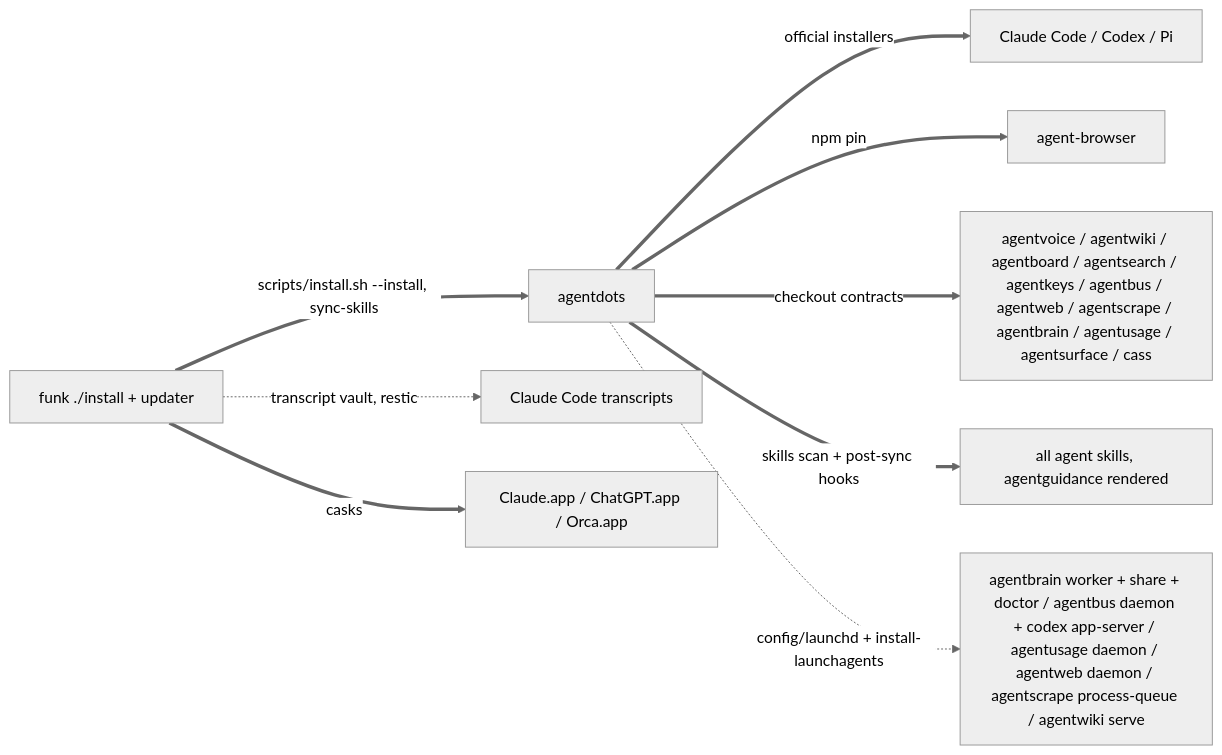
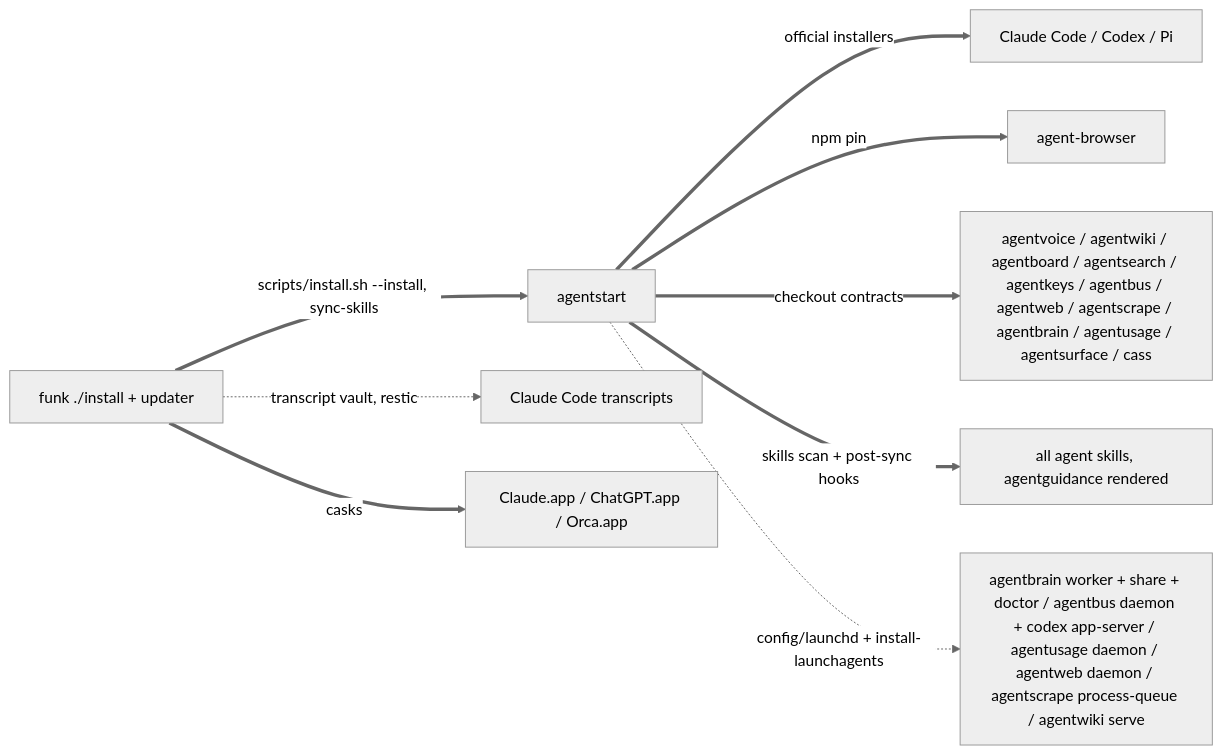
One commit to possibilities/agentdots changed the second of 3 diagrams in skills/fleet/MAP.md. Above: the diagram before and after it, drawn with Mermaid (neutral theme). The commit also changed other lines of this file and 27 other files, not shown here.

Commit message:
Rebrand Agentdots as AgentStart

````diff
--- a/skills/fleet/MAP.md
+++ b/skills/fleet/MAP.md
@@ -73,14 +73,14 @@
 ```mermaid
 flowchart LR
     funk[funk ./install + updater]
-    dots[agentdots]
+    start[agentstart]
 
-    funk ==>|scripts/install.sh --install, sync-skills| dots
-    dots ==>|official installers| harnesses[Claude Code / Codex / Pi]
-    dots ==>|npm pin| browser[agent-browser]
-    dots ==>|checkout contracts| fleet[agentvoice / agentwiki / agentboard / agentsearch / agentkeys / agentbus / agentweb / agentscrape / agentbrain / agentusage / agentsurface / cass]
-    dots ==>|skills scan + post-sync hooks| skills[all agent skills, agentguidance rendered]
-    dots -.->|config/launchd + install-launchagents| services[agentbrain worker + share + doctor / agentbus daemon + codex app-server / agentusage daemon / agentweb daemon / agentscrape process-queue / agentwiki serve]
+    funk ==>|scripts/install.sh --install, sync-skills| start
+    start ==>|official installers| harnesses[Claude Code / Codex / Pi]
+    start ==>|npm pin| browser[agent-browser]
+    start ==>|checkout contracts| fleet[agentvoice / agentwiki / agentboard / agentsearch / agentkeys / agentbus / agentweb / agentscrape / agentbrain / agentusage / agentsurface / cass]
+    start ==>|skills scan + post-sync hooks| skills[all agent skills, agentguidance rendered]
+    start -.->|config/launchd + install-launchagents| services[agentbrain worker + share + doctor / agentbus daemon + codex app-server / agentusage daemon / agentweb daemon / agentscrape process-queue / agentwiki serve]
     funk -.->|transcript vault, restic| claudeData[Claude Code transcripts]
     funk ==>|casks| apps[Claude.app / ChatGPT.app / Orca.app]
 ```
````
